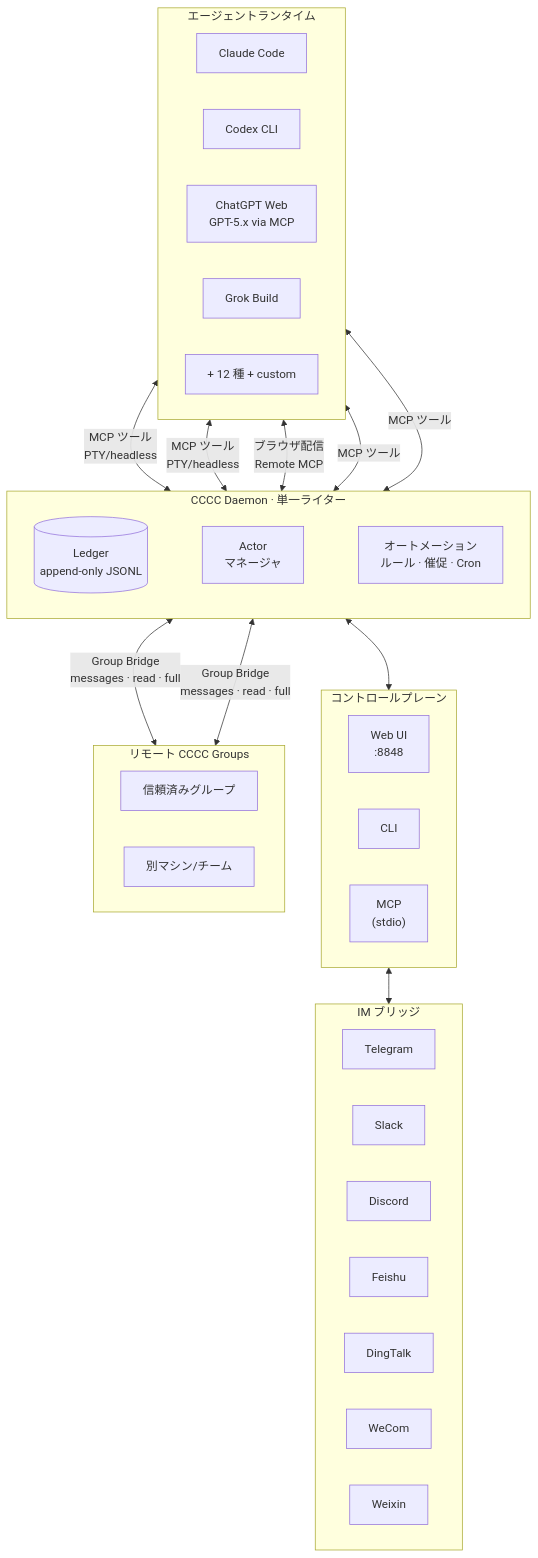
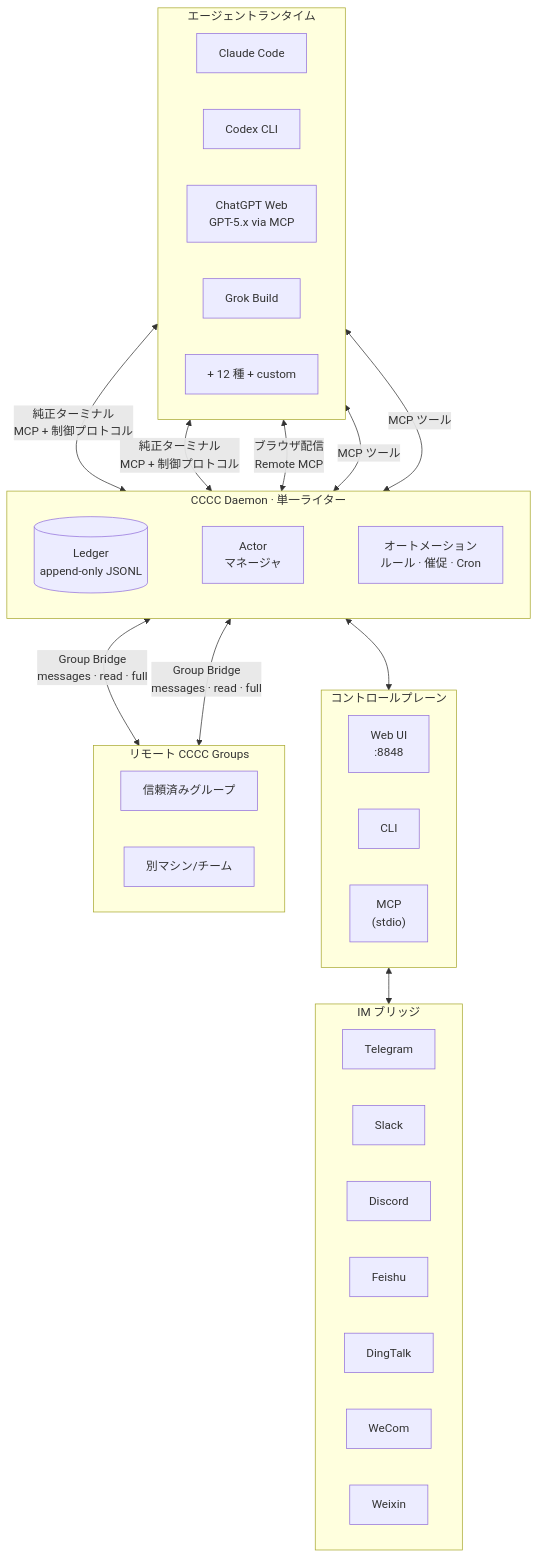
The diagram in README.ja.md (ChesterRa/cccc), drawn with Mermaid before and after one commit. The commit also changed other lines of this file and 240 other files, not shown here.

````diff
--- a/README.ja.md
+++ b/README.ja.md
@@ -156,54 +156,54 @@
 ```mermaid
 graph TB
     subgraph Agents["エージェントランタイム"]
         direction LR
         A1["Claude Code"]
         A2["Codex CLI"]
         A3["ChatGPT Web<br/>GPT-5.x via MCP"]
         A4["Grok Build"]
         A5["+ 12 種 + custom"]
     end
 
     subgraph Daemon["CCCC Daemon · 単一ライター"]
         direction LR
         Ledger[("Ledger<br/>append-only JSONL")]
         ActorMgr["Actor<br/>マネージャ"]
         Auto["オートメーション<br/>ルール · 催促 · Cron"]
         Ledger ~~~ ActorMgr ~~~ Auto
     end
 
     subgraph Ports["コントロールプレーン"]
         direction LR
         Web["Web UI<br/>:8848"]
         CLI["CLI"]
         MCP["MCP<br/>(stdio)"]
     end
 
     subgraph IM["IM ブリッジ"]
         direction LR
         TG["Telegram"]
         SL["Slack"]
         DC["Discord"]
         FS["Feishu"]
         DT["DingTalk"]
         WC["WeCom"]
         WX["Weixin"]
     end
 
     subgraph Remote["リモート CCCC Groups"]
         direction LR
         RG1["信頼済みグループ"]
         RG2["別マシン/チーム"]
     end
 
-    A1 <-->|MCP ツール<br/>PTY/headless| Daemon
-    A2 <-->|MCP ツール<br/>PTY/headless| Daemon
+    A1 <-->|純正ターミナル<br/>MCP + 制御プロトコル| Daemon
+    A2 <-->|純正ターミナル<br/>MCP + 制御プロトコル| Daemon
     A3 <-->|ブラウザ配信<br/>Remote MCP| Daemon
     A4 <-->|MCP ツール| Daemon
     A5 <-->|MCP ツール| Daemon
     Daemon <--> Ports
     Web <--> IM
     Daemon <-->|Group Bridge<br/>messages · read · full| RG1
     Daemon <-->|Group Bridge<br/>messages · read · full| RG2
 
 ```
````
